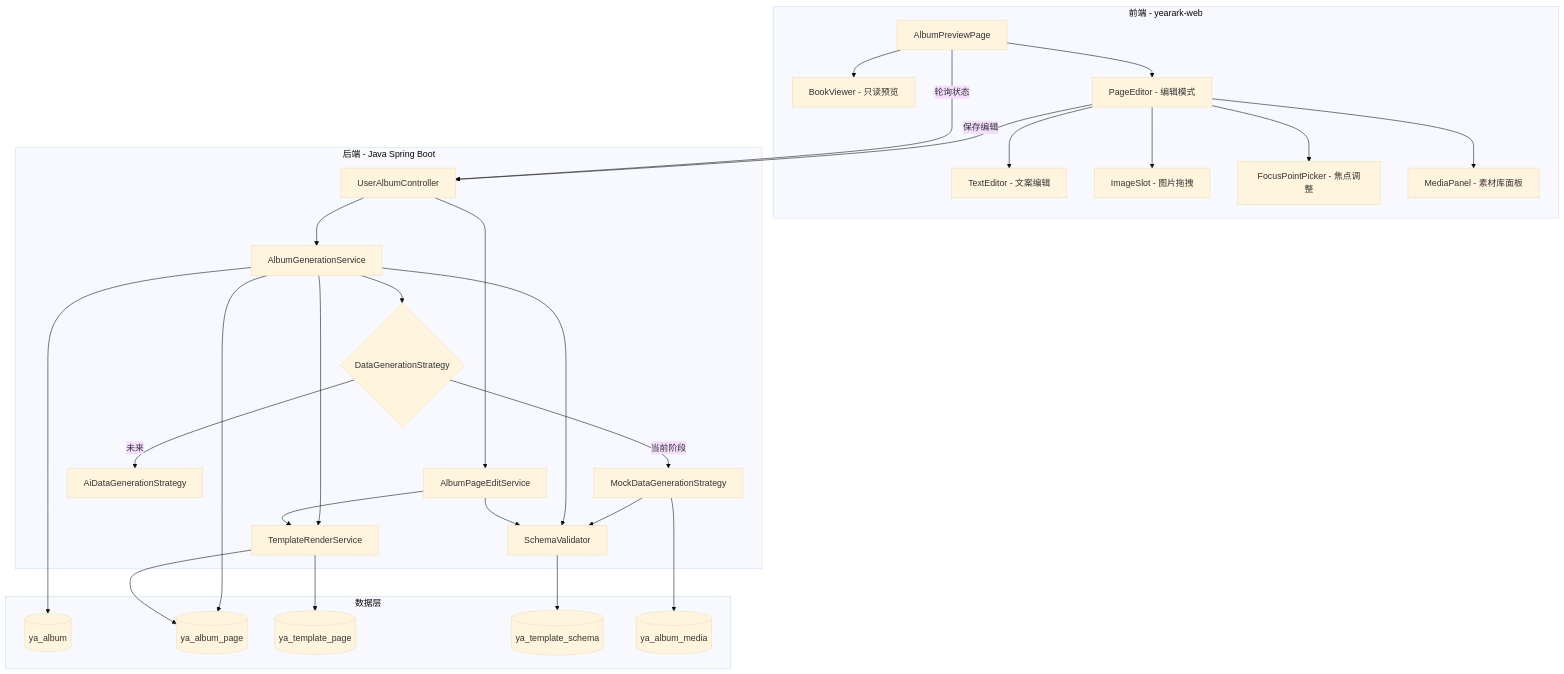
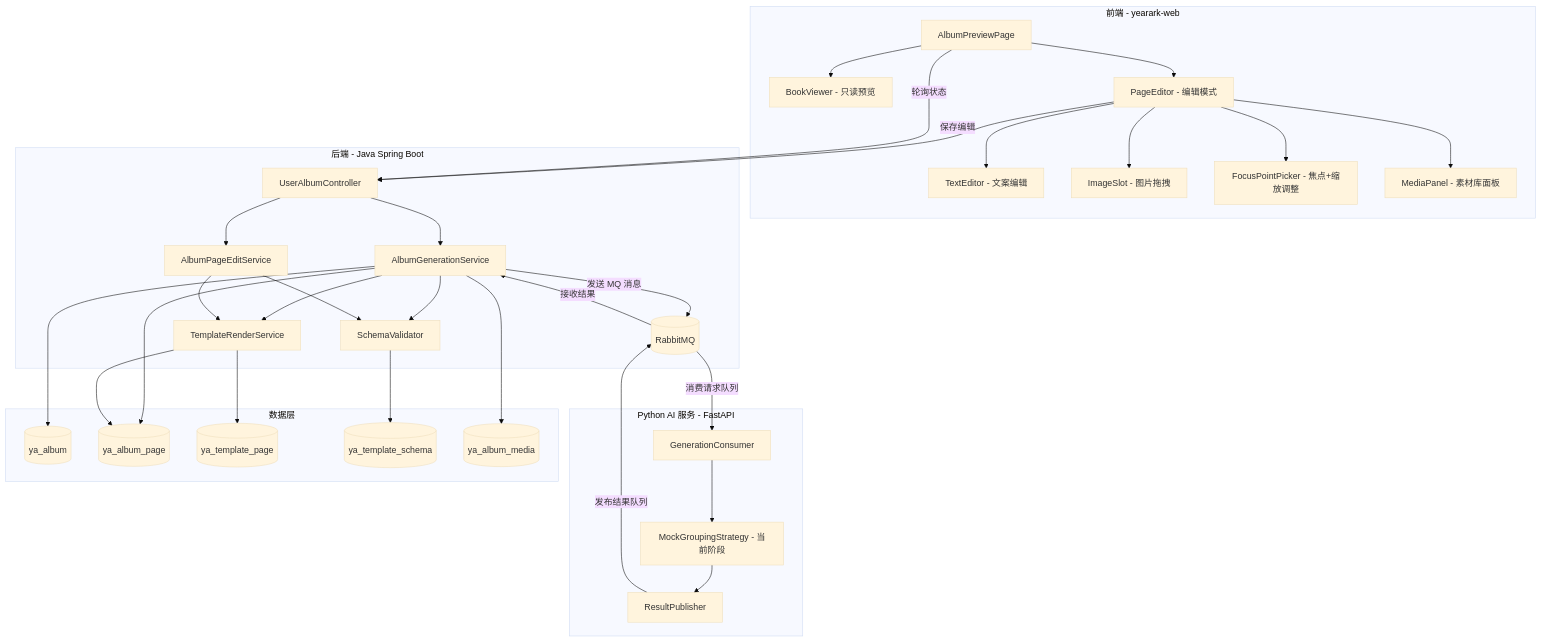
Before and after one commit to xiao111-star/YearArk: the first of 4 diagrams in .kiro/specs/album-render-pipeline/design.md, drawn with Mermaid (base theme). The commit also changed other lines of this file and 27 other files, not shown here.

````diff
--- a/.kiro/specs/album-render-pipeline/design.md
+++ b/.kiro/specs/album-render-pipeline/design.md
@@ -22,41 +25,46 @@
 ```mermaid
 graph TB
     subgraph 前端 - yearark-web
         A[AlbumPreviewPage] --> B[BookViewer - 只读预览]
         A --> C[PageEditor - 编辑模式]
         C --> D[TextEditor - 文案编辑]
         C --> E[ImageSlot - 图片拖拽]
-        C --> F[FocusPointPicker - 焦点调整]
+        C --> F[FocusPointPicker - 焦点+缩放调整]
         C --> G[MediaPanel - 素材库面板]
     end
 
     subgraph 后端 - Java Spring Boot
         H[UserAlbumController] --> I[AlbumGenerationService]
-        I --> J{DataGenerationStrategy}
-        J -->|当前阶段| K[MockDataGenerationStrategy]
-        J -->|未来| L[AiDataGenerationStrategy]
-        K --> M[SchemaValidator]
-        I --> M
+        I -->|发送 MQ 消息| MQ[(RabbitMQ)]
+        MQ -->|接收结果| I
+        I --> V[SchemaValidator]
         I --> N[TemplateRenderService]
         H --> O[AlbumPageEditService]
-        O --> M
+        O --> V
         O --> N
     end
 
+    subgraph Python AI 服务 - FastAPI
+        MQ -->|消费请求队列| P[GenerationConsumer]
+        P --> Q[MockGroupingStrategy - 当前阶段]
+        Q --> R[ResultPublisher]
+        R -->|发布结果队列| MQ
+    end
+
     subgraph 数据层
-        P[(ya_album)]
-        Q[(ya_album_page)]
-        R[(ya_template_page)]
-        S[(ya_template_schema)]
-        T[(ya_album_media)]
+        S[(ya_album)]
+        T[(ya_album_page)]
+        U[(ya_template_page)]
+        W[(ya_template_schema)]
+        X[(ya_album_media)]
     end
 
     C -->|保存编辑| H
     A -->|轮询状态| H
-    I --> P
-    I --> Q
-    N --> Q
-    N --> R
-    M --> S
-    K --> T
+    I --> S
+    I --> T
+    N --> T
+    N --> U
+    V --> W
+    I --> X
 ```
````
